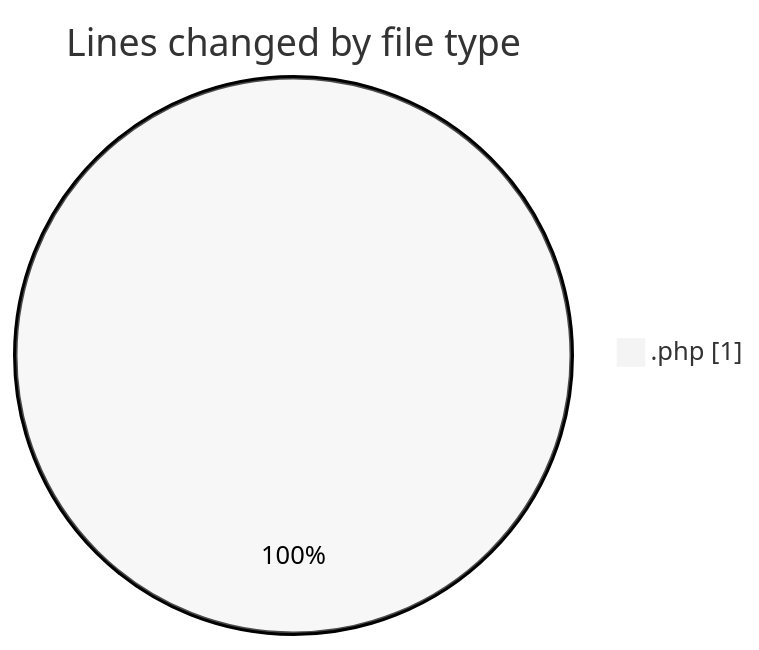
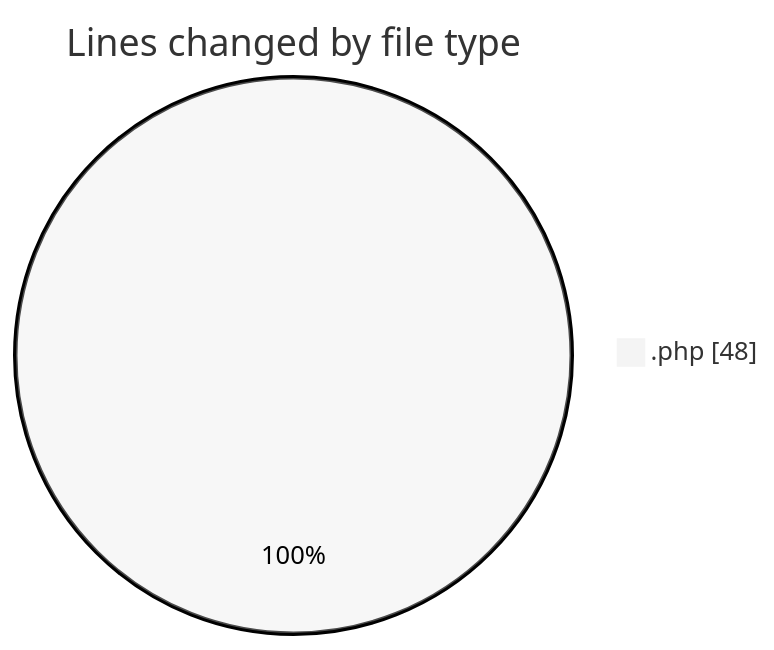
Before and after one commit to LanceThiago/code-tracking: the first of 2 diagrams in 2025-11-04/web/README.md, drawn with Mermaid (neutral theme). The commit also changed other lines of this file and 1 other file, not shown here.

````diff
--- a/2025-11-04/web/README.md
+++ b/2025-11-04/web/README.md
@@ -20,5 +21,5 @@
 ```mermaid
 pie showData
 title Lines changed by file type
-".php" : 1
+".php" : 48
 ```
````
